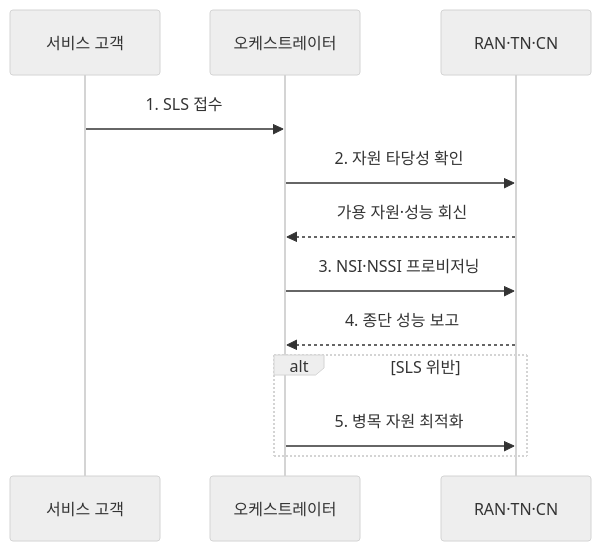
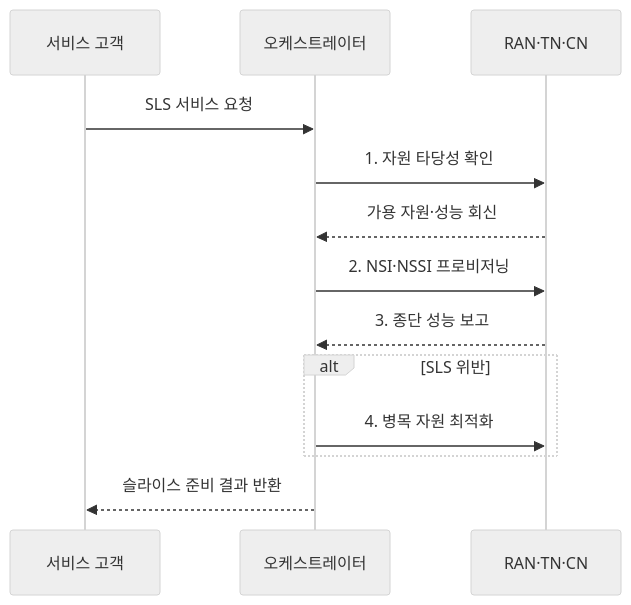
One commit to agnusdei1207/knowledge-base changed the second of 2 diagrams in src/content/docs/notes/04-network/076_network_slice_resource_management.md. Above: the diagram before and after it, drawn with Mermaid (neutral theme). The commit also changed other lines of this file and 20 other files, not shown here.

````diff
--- a/src/content/docs/notes/04-network/076_network_slice_resource_management.md
+++ b/src/content/docs/notes/04-network/076_network_slice_resource_management.md
@@ -82,14 +91,15 @@
 ```mermaid
 sequenceDiagram
     participant C as 서비스 고객
     participant O as 오케스트레이터
     participant D as RAN·TN·CN
-    C->>O: 1. SLS 접수
-    O->>D: 2. 자원 타당성 확인
+    C->>O: SLS 서비스 요청
+    O->>D: 1. 자원 타당성 확인
     D-->>O: 가용 자원·성능 회신
-    O->>D: 3. NSI·NSSI 프로비저닝
-    D-->>O: 4. 종단 성능 보고
+    O->>D: 2. NSI·NSSI 프로비저닝
+    D-->>O: 3. 종단 성능 보고
     alt SLS 위반
-        O->>D: 5. 병목 자원 최적화
+        O->>D: 4. 병목 자원 최적화
     end
+    O-->>C: 슬라이스 준비 결과 반환
 ```
````
